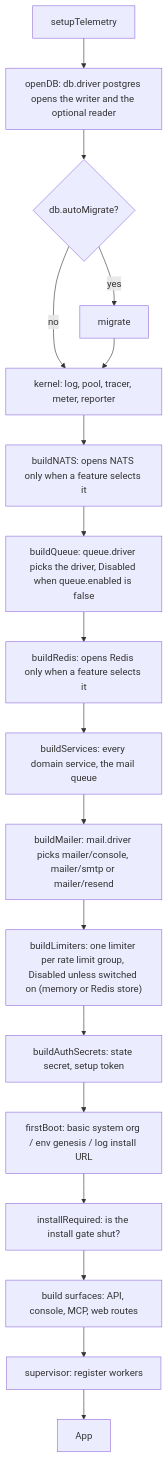
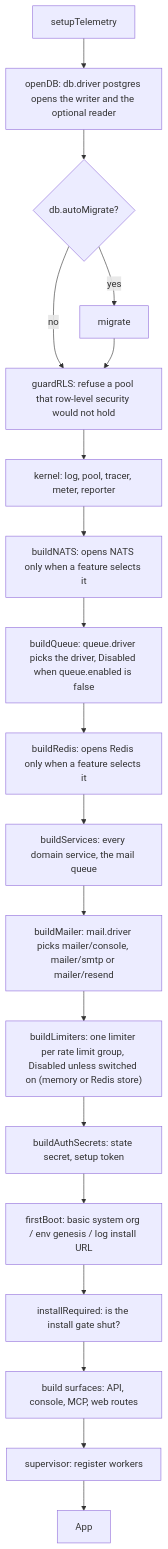
The first of 3 diagrams in internal/boot/README.md (altalune-id/othra), drawn with Mermaid before and after one commit. The commit also changed other lines of this file and 32 other files, not shown here.

Commit message:
feat(boot): refuse to start when the app role can bypass row-level security

````diff
--- a/internal/boot/README.md
+++ b/internal/boot/README.md
@@ -14,20 +14,21 @@
 ```mermaid
 flowchart TD
     A[setupTelemetry] --> B["openDB: db.driver postgres opens the writer and the optional reader"]
     B --> C{db.autoMigrate?}
     C -- yes --> D[migrate]
-    C -- no --> E
-    D --> E[kernel: log, pool, tracer, meter, reporter]
+    C -- no --> RG
+    D --> RG["guardRLS: refuse a pool that row-level security would not hold"]
+    RG --> E[kernel: log, pool, tracer, meter, reporter]
     E --> NA["buildNATS: opens NATS only when a feature selects it"]
     NA --> Q["buildQueue: queue.driver picks the driver, Disabled when queue.enabled is false"]
     Q --> RD["buildRedis: opens Redis only when a feature selects it"]
     RD --> F[buildServices: every domain service, the mail queue]
     F --> M[buildMailer: mail.driver picks mailer/console, mailer/smtp or mailer/resend]
     M --> R["buildLimiters: one limiter per rate limit group, Disabled unless switched on (memory or Redis store)"]
     R --> G[buildAuthSecrets: state secret, setup token]
     G --> H[firstBoot: basic system org / env genesis / log install URL]
     H --> I[installRequired: is the install gate shut?]
     I --> J[build surfaces: API, console, MCP, web routes]
     J --> K[supervisor: register workers]
     K --> L[App]
 ```
````
